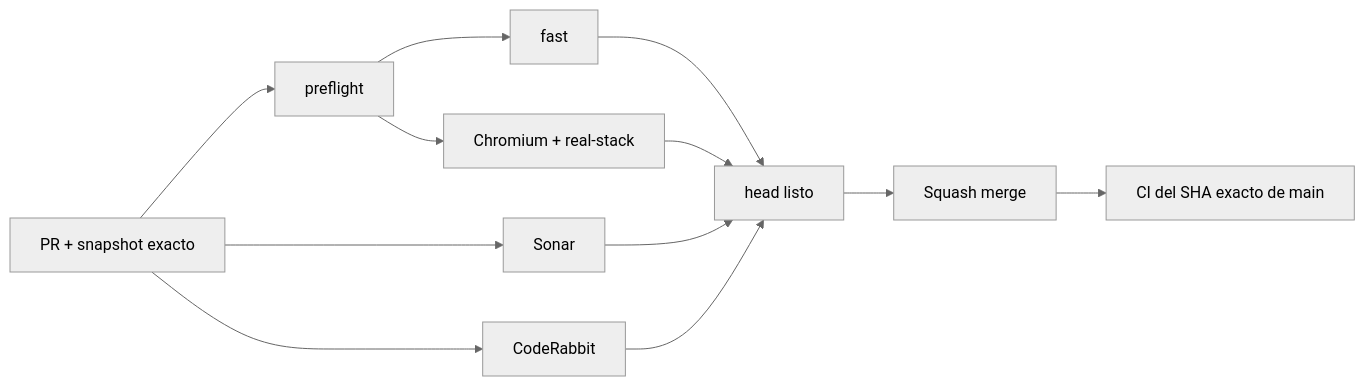
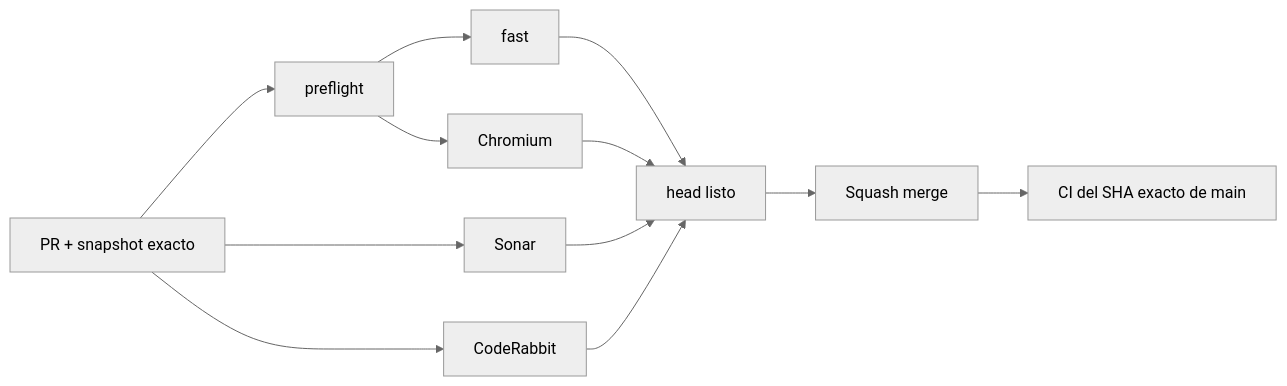
One commit to pl0n3r/brvtal changed the diagram in README.md. Above: the diagram before and after it, drawn with Mermaid (neutral theme). The commit also changed other lines of this file and 2 other files, not shown here.

````diff
--- a/README.md
+++ b/README.md
@@ -44,14 +44,14 @@
 ```mermaid
 flowchart LR
  A["PR + snapshot exacto"] --> P["preflight"]
  P --> F["fast"]
- P --> B["Chromium + real-stack"]
+ P --> B["Chromium"]
  A --> S["Sonar"]
  A --> R["CodeRabbit"]
  F --> G["head listo"]
  B --> G
  S --> G
  R --> G
  G --> M["Squash merge"]
  M --> X["CI del SHA exacto de main"]
 ```
````
